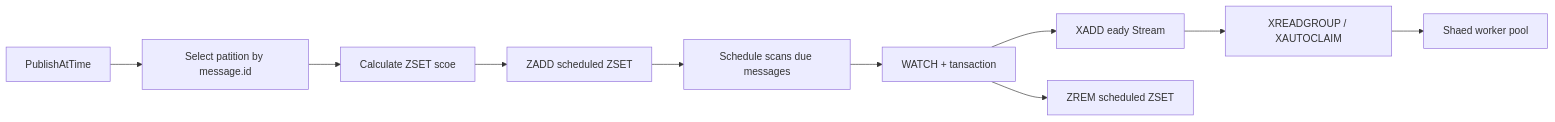
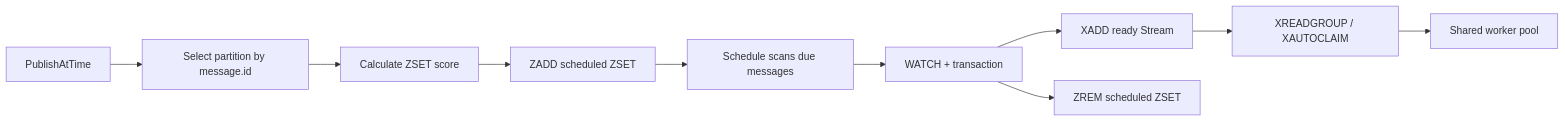
Before and after one commit to retail-ai-inc/beanq: the fourth of 7 diagrams in README.md, drawn with Mermaid. The commit also changed other lines of this file, not shown here.

````diff
--- a/README.md
+++ b/README.md
@@ -232,12 +232,12 @@
 ```mermaid
 flowchart LR
-    A[PublishAtTime] --> B[Select patition by message.id]
-    B --> C[Calculate ZSET scoe]
+    A[PublishAtTime] --> B[Select partition by message.id]
+    B --> C[Calculate ZSET score]
     C --> D[ZADD scheduled ZSET]
     D --> E[Schedule scans due messages]
-    E --> F[WATCH + tansaction]
-    F --> G[XADD eady Stream]
+    E --> F[WATCH + transaction]
+    F --> G[XADD ready Stream]
     F --> H[ZREM scheduled ZSET]
     G --> I[XREADGROUP / XAUTOCLAIM]
-    I --> J[Shaed worker pool]
+    I --> J[Shared worker pool]
 ```
````
